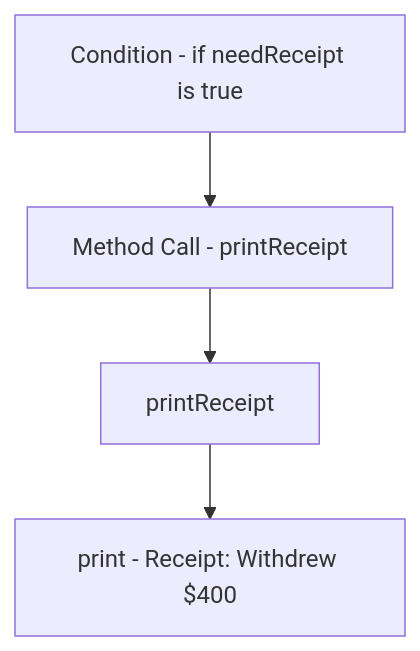
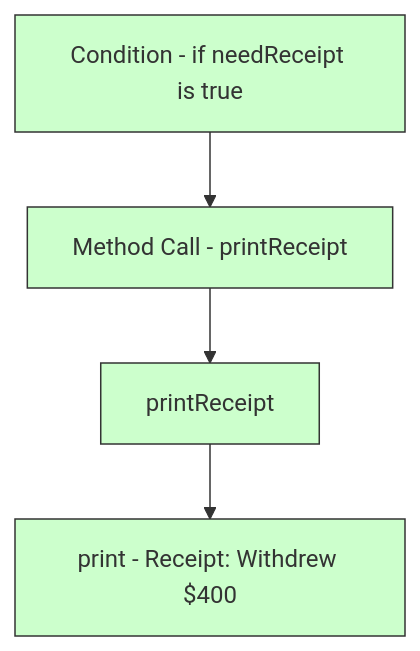
Before and after one commit to oppia/oppia-android: the second of 4 diagrams in wiki/Writing-tests-with-good-behavioural-coverage.md, drawn with Mermaid. The commit also changed other lines of this file and 1 other file, not shown here.

````diff
--- a/wiki/Writing-tests-with-good-behavioural-coverage.md
+++ b/wiki/Writing-tests-with-good-behavioural-coverage.md
@@ -1161,6 +1258,11 @@
 ```mermaid
 graph TD
     D[Condition - if needReceipt is true] --> E[Method Call - printReceipt]
     E --> F[printReceipt]
     F --> G[print - Receipt: Withdrew $400]
+
+    style D fill:#cfc,stroke:#333,stroke-width:1px
+    style E fill:#cfc,stroke:#333,stroke-width:1px
+    style F fill:#cfc,stroke:#333,stroke-width:1px
+    style G fill:#cfc,stroke:#333,stroke-width:1px
 ```
````
